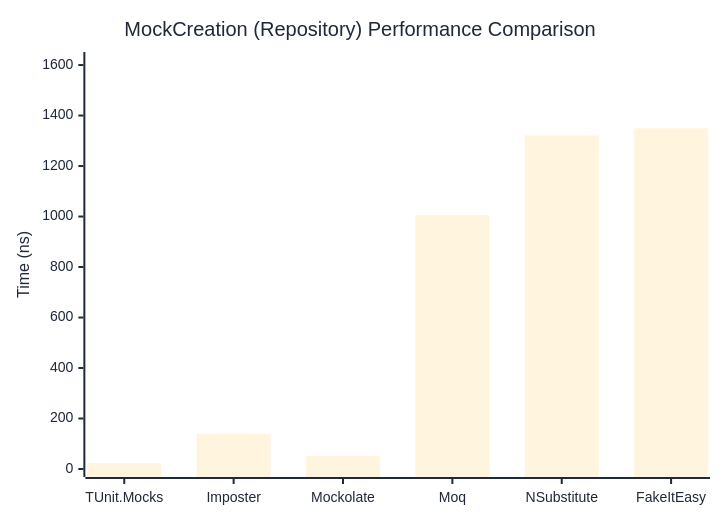
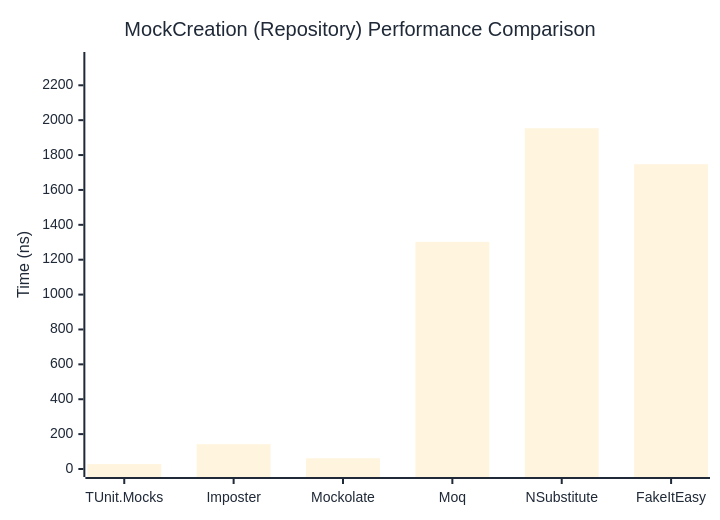
The second of 2 diagrams in docs/docs/benchmarks/mocks/MockCreation.md (thomhurst/TUnit), drawn with Mermaid before and after one commit. The commit also changed other lines of this file and 14 other files, not shown here.

````diff
--- a/docs/docs/benchmarks/mocks/MockCreation.md
+++ b/docs/docs/benchmarks/mocks/MockCreation.md
@@ -71,27 +71,27 @@
 ```mermaid
 %%{init: {
   'theme':'base',
   'themeVariables': {
     'primaryColor': '#2563eb',
     'primaryTextColor': '#1f2937',
     'primaryBorderColor': '#1e40af',
     'lineColor': '#6b7280',
     'secondaryColor': '#7c3aed',
     'tertiaryColor': '#dc2626',
     'background': '#ffffff',
     'pie1': '#2563eb',
     'pie2': '#7c3aed',
     'pie3': '#dc2626',
     'pie4': '#f59e0b',
     'pie5': '#10b981',
     'pie6': '#06b6d4',
     'pie7': '#ec4899',
     'pie8': '#6366f1'
   }
 }}%%
 xychart-beta
   title "MockCreation (Repository) Performance Comparison"
   x-axis ["TUnit.Mocks", "Imposter", "Mockolate", "Moq", "NSubstitute", "FakeItEasy"]
-  y-axis "Time (ns)" 0 --> 1620
-  bar [23.17, 139.61, 50.85, 1005.17, 1321.02, 1349.33]
+  y-axis "Time (ns)" 0 --> 2345
+  bar [28.04, 142.32, 61.6, 1302.25, 1953.62, 1747.36]
 ```
````
